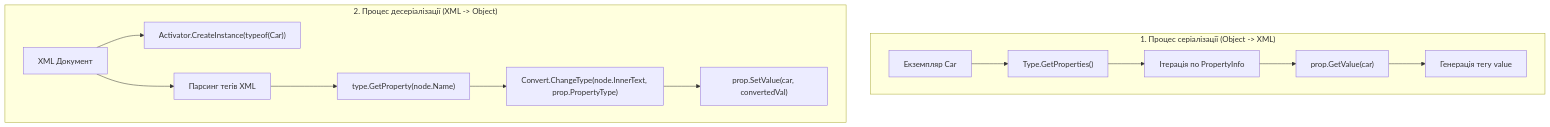
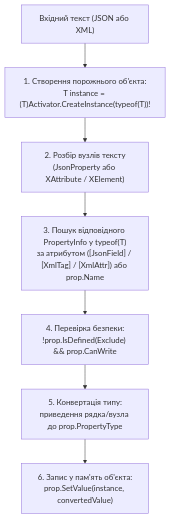
One commit to MrTomkaYurii/CSharp-OOP-Mastery changed the second of 2 diagrams in 06-Advanced-DotNet/02-Reflection-And-Metadata/Docs/05_Attributes_And_Serialization/ReflectionSerialization.md. Above: the diagram before and after it, drawn with Mermaid. The commit also changed other lines of this file and 87 other files, not shown here.

````diff
--- a/06-Advanced-DotNet/02-Reflection-And-Metadata/Docs/05_Attributes_And_Serialization/ReflectionSerialization.md
+++ b/06-Advanced-DotNet/02-Reflection-And-Metadata/Docs/05_Attributes_And_Serialization/ReflectionSerialization.md
@@ -13,17 +41,9 @@
 ```mermaid
 flowchart TD
-    subgraph Serialization["1. Процес серіалізації (Object -> XML)"]
-        Obj["Екземпляр Car"] --> GetProps["Type.GetProperties()"]
-        GetProps --> Loop["Ітерація по PropertyInfo"]
-        Loop --> GetVal["prop.GetValue(car)"]
-        GetVal --> EmitXml["Генерація тегу <PropertyName>value</PropertyName>"]
-    end
-
-    subgraph Deserialization["2. Процес десеріалізації (XML -> Object)"]
-        XmlDoc["XML Документ"] --> Inst["Activator.CreateInstance(typeof(Car))"]
-        XmlDoc --> ParseNodes["Парсинг тегів XML"]
-        ParseNodes --> MatchProp["type.GetProperty(node.Name)"]
-        MatchProp --> Conv["Convert.ChangeType(node.InnerText, prop.PropertyType)"]
-        Conv --> SetVal["prop.SetValue(car, convertedVal)"]
-    end
+    RawText["Вхідний текст (JSON або XML)"] --> CreateInst["1. Створення порожнього об'єкта:<br/>T instance = (T)Activator.CreateInstance(typeof(T))!"]
+    CreateInst --> ParseTokens["2. Розбір вузлів тексту<br/>(JsonProperty або XAttribute / XElement)"]
+    ParseTokens --> MatchProp["3. Пошук відповідного PropertyInfo у typeof(T)<br/>за атрибутом ([JsonField] / [XmlTag] / [XmlAttr]) або prop.Name"]
+    MatchProp --> Guard["4. Перевірка безпеки:<br/>!prop.IsDefined(Exclude) && prop.CanWrite"]
+    Guard --> ConvertVal["5. Конвертація типу:<br/>приведення рядка/вузла до prop.PropertyType"]
+    ConvertVal --> SetVal["6. Запис у пам'ять об'єкта:<br/>prop.SetValue(instance, convertedValue)"]
 ```
````
